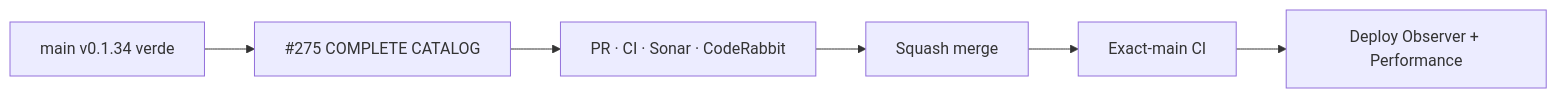
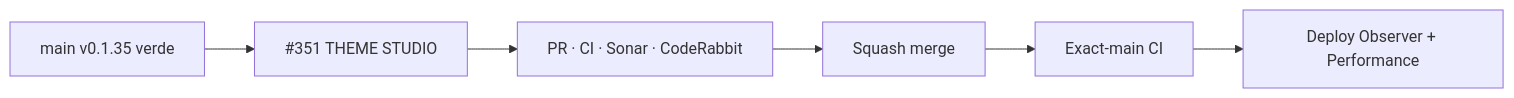
One commit to pl0n3r/brvtal changed the diagram in README.md. Above: the diagram before and after it, drawn with Mermaid. The commit also changed other lines of this file and 18 other files, not shown here.

First line of the commit message:
design(theme): align Theme Studio with Concept 05 (v0.1.36) (#604)

````diff
--- a/README.md
+++ b/README.md
@@ -50,8 +49,8 @@
 ```mermaid
 flowchart LR
- B["main v0.1.34 verde"] --> S["#275 COMPLETE CATALOG"]
+ B["main v0.1.35 verde"] --> S["#351 THEME STUDIO"]
  S --> P["PR · CI · Sonar · CodeRabbit"]
  P --> M["Squash merge"]
  M --> X["Exact-main CI"]
  X --> D["Deploy Observer + Performance"]
 ```
````
